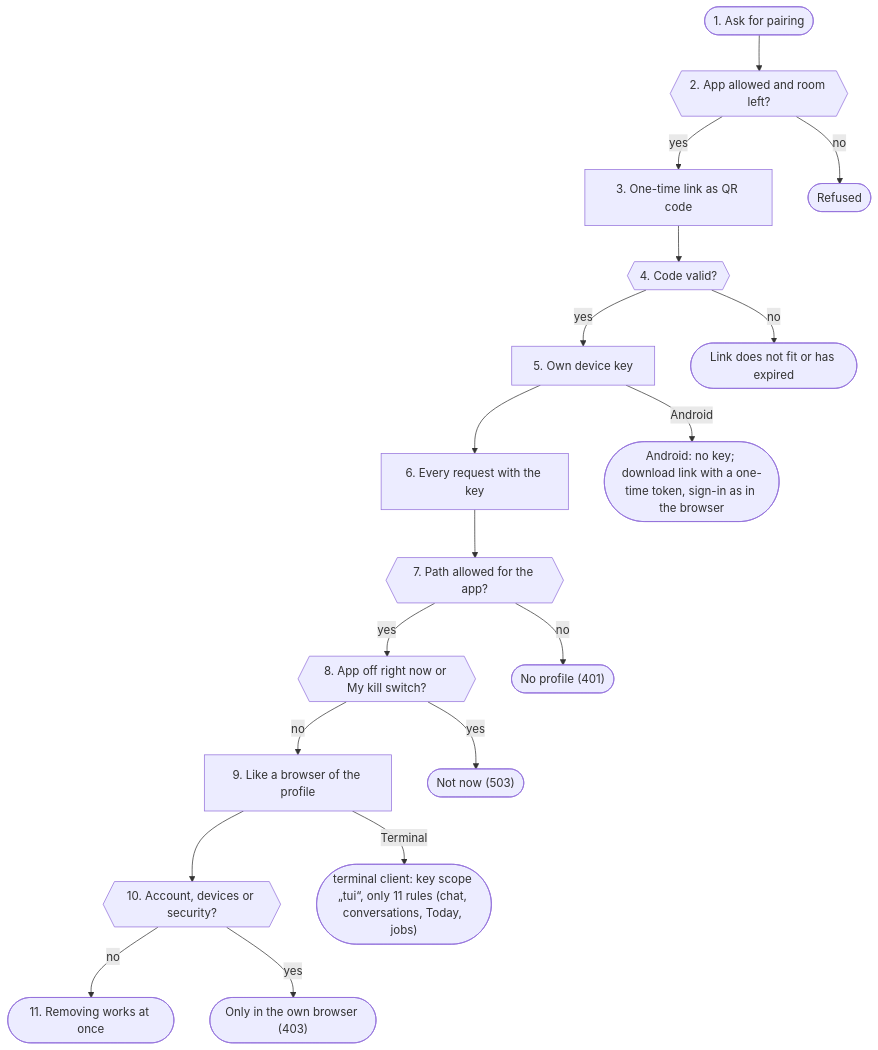
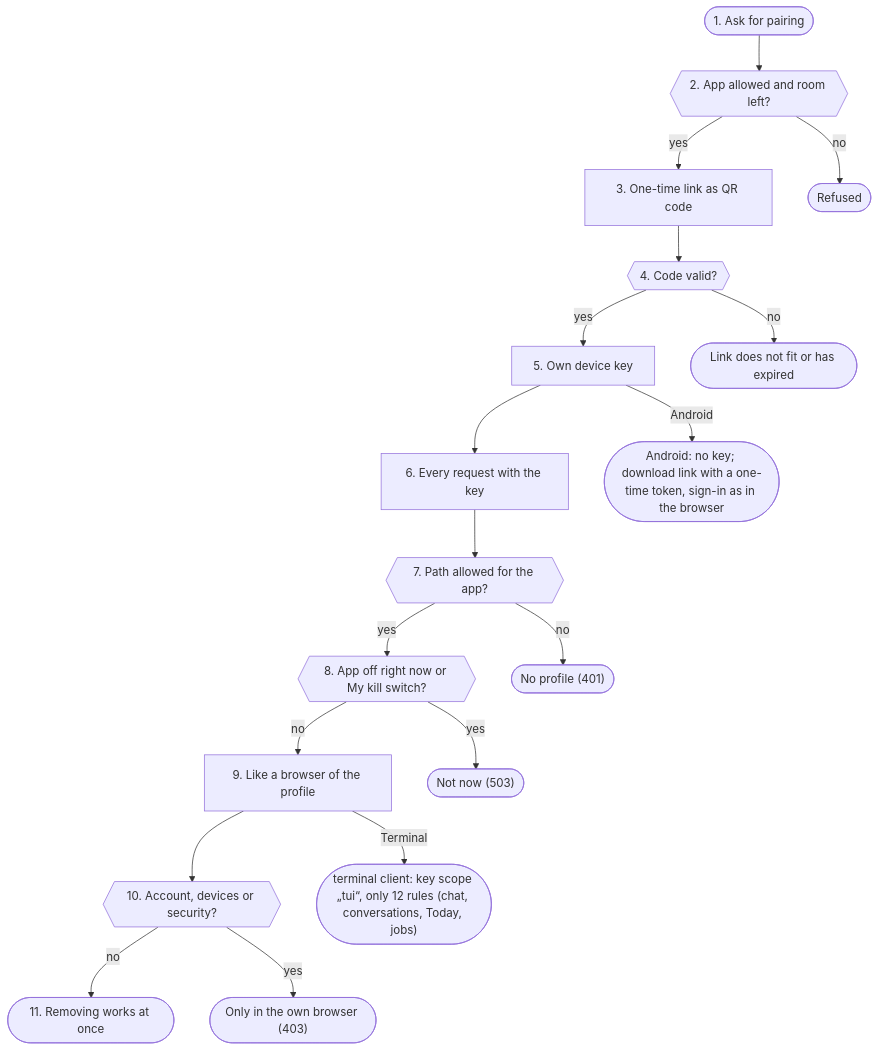
Before and after one commit to db9979/speech-on-dgx-spark: the third of 26 diagrams in docs/en/architecture.md, drawn with Mermaid. The commit also changed other lines of this file and 49 other files, not shown here.

````diff
--- a/docs/en/architecture.md
+++ b/docs/en/architecture.md
@@ -730,38 +731,38 @@
 ```mermaid
 flowchart TD
   s1(["1. Ask for pairing"])
   s2{{"2. App allowed and room left?"}}
   s3["3. One-time link as QR code"]
   s4{{"4. Code valid?"}}
   s5["5. Own device key"]
   s6["6. Every request with the key"]
   s7{{"7. Path allowed for the app?"}}
   s8{{"8. App off right now or My kill switch?"}}
   s9["9. Like a browser of the profile"]
   s10{{"10. Account, devices or security?"}}
   s11(["11. Removing works at once"])
   s1 --> s2
   s2 -->|yes| s3
   s3 --> s4
   s4 -->|yes| s5
   s5 --> s6
   s6 --> s7
   s7 -->|yes| s8
   s8 -->|no| s9
   s9 --> s10
   s10 -->|no| s11
   s2x(["Refused"])
   s2 -->|no| s2x
   s4x(["Link does not fit or has expired"])
   s4 -->|no| s4x
   s5x(["Android: no key; download link with a one-time token, sign-in as in the browser"])
   s5 -->|Android| s5x
   s7x(["No profile (401)"])
   s7 -->|no| s7x
   s8x(["Not now (503)"])
   s8 -->|yes| s8x
-  s9x(["terminal client: key scope „tui“, only 11 rules (chat, conversations, Today, jobs)"])
+  s9x(["terminal client: key scope „tui“, only 12 rules (chat, conversations, Today, jobs)"])
   s9 -->|Terminal| s9x
   s10x(["Only in the own browser (403)"])
   s10 -->|yes| s10x
 ```
````
